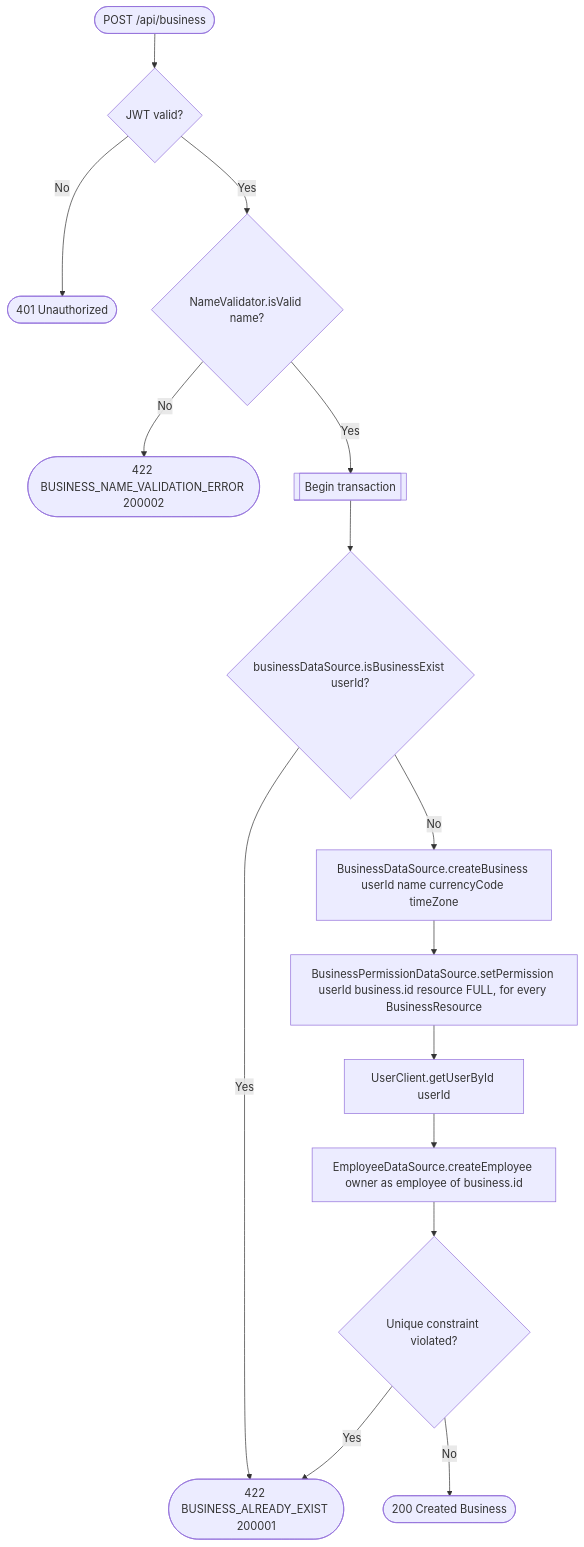
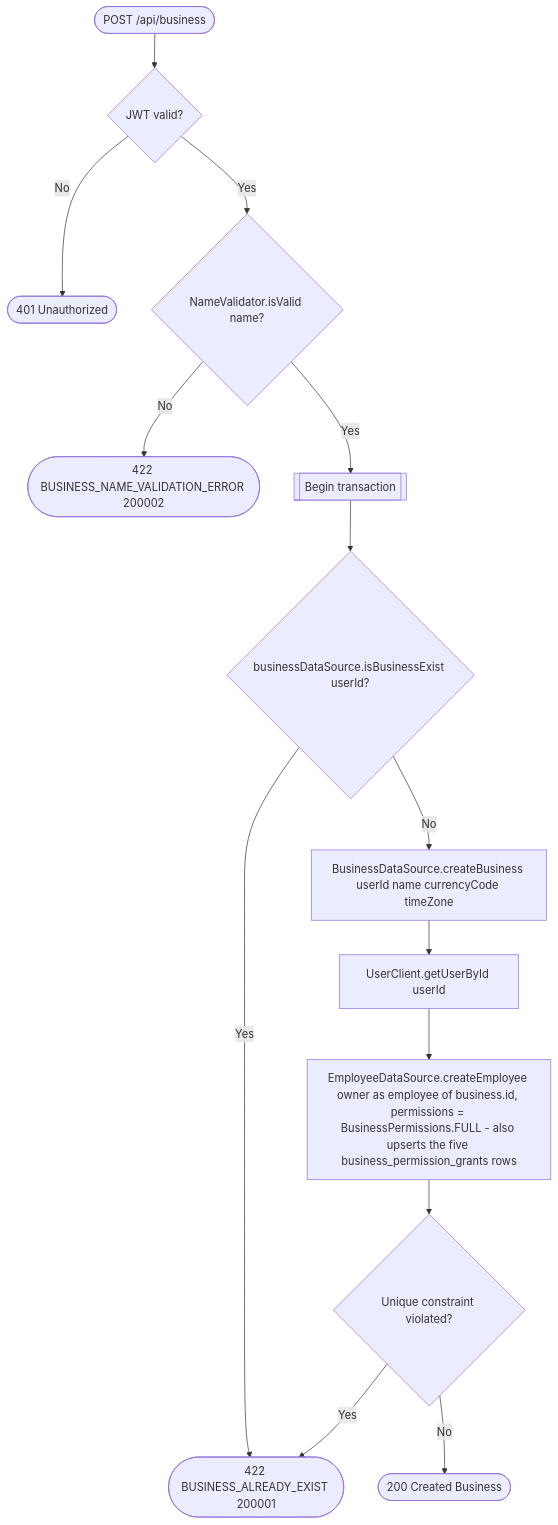
Before and after one commit to an22/bookk.me-backend: the diagram in docs/operations/business/create-business.md, drawn with Mermaid. The commit also changed 73 other files, not shown here.

````diff
--- a/docs/operations/business/create-business.md
+++ b/docs/operations/business/create-business.md
@@ -17,17 +17,16 @@
 ```mermaid
 flowchart TD
     Start([POST /api/business]) --> Auth{JWT valid?}
     Auth -- No --> R401([401 Unauthorized])
     Auth -- Yes --> NameCheck{NameValidator.isValid name?}
     NameCheck -- No --> R422a([422 BUSINESS_NAME_VALIDATION_ERROR 200002])
     NameCheck -- Yes --> Tx[[Begin transaction]]
     Tx --> Exists{businessDataSource.isBusinessExist userId?}
     Exists -- Yes --> R422b([422 BUSINESS_ALREADY_EXIST 200001])
     Exists -- No --> Create[BusinessDataSource.createBusiness userId name currencyCode timeZone]
-    Create --> SetPerm[BusinessPermissionDataSource.setPermission userId business.id resource FULL, for every BusinessResource]
-    SetPerm --> ResolveOwner[UserClient.getUserById userId]
-    ResolveOwner --> CreateEmployee[EmployeeDataSource.createEmployee owner as employee of business.id]
+    Create --> ResolveOwner[UserClient.getUserById userId]
+    ResolveOwner --> CreateEmployee[EmployeeDataSource.createEmployee owner as employee of business.id, permissions = BusinessPermissions.FULL - also upserts the five business_permission_grants rows]
     CreateEmployee --> Constraint{Unique constraint violated?}
     Constraint -- Yes --> R422b
     Constraint -- No --> R200([200 Created Business])
 ```
````
